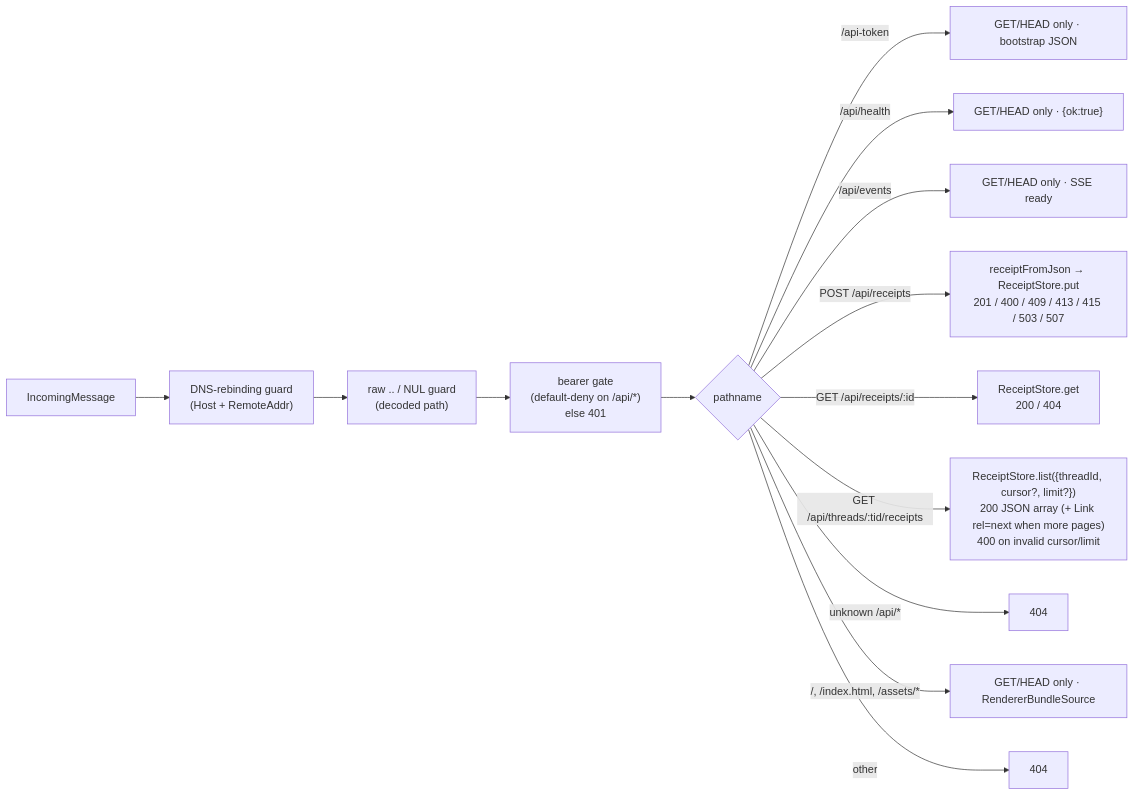
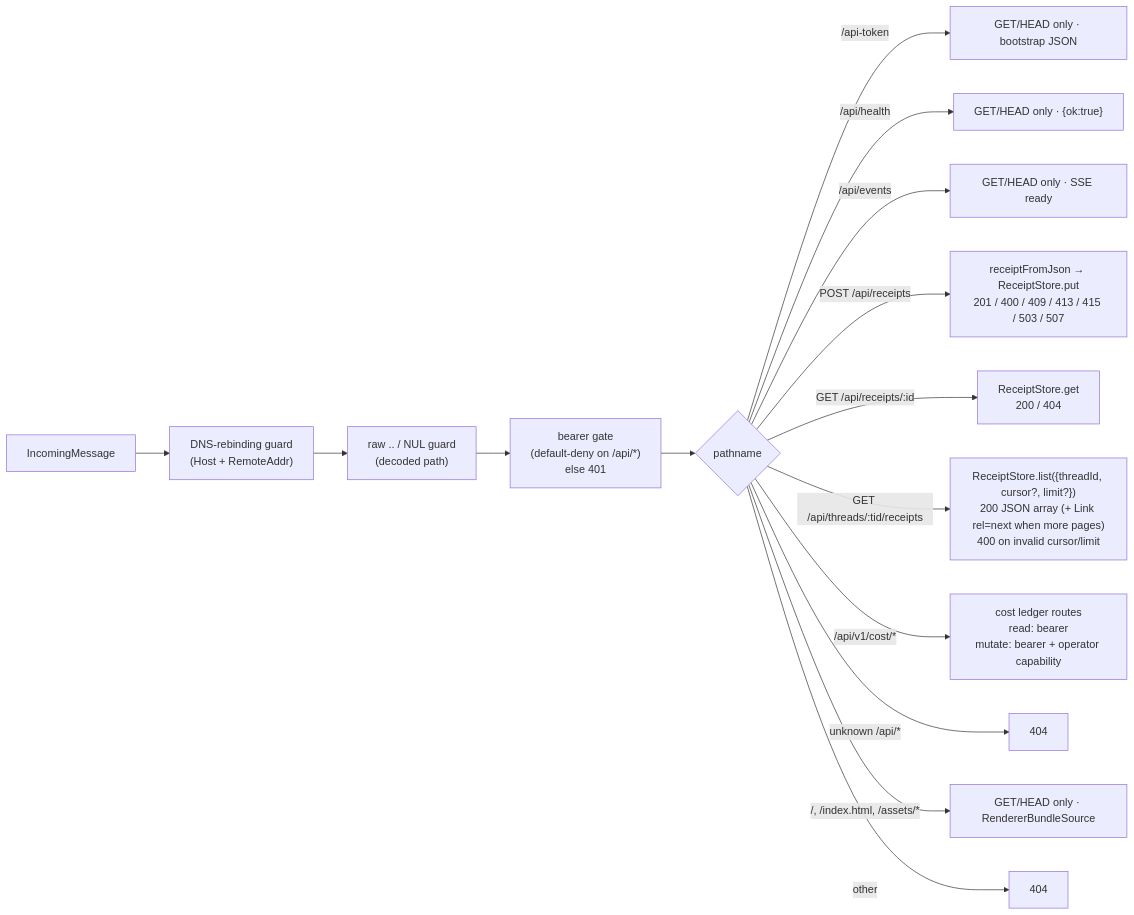
One commit to nex-crm/wuphf changed the diagram in packages/broker/docs/modules/listener.md. Above: the diagram before and after it, drawn with Mermaid. The commit also changed other lines of this file and 11 other files, not shown here.

````diff
--- a/packages/broker/docs/modules/listener.md
+++ b/packages/broker/docs/modules/listener.md
@@ -17,16 +17,17 @@
 ```mermaid
 flowchart LR
   req["IncomingMessage"] --> guard["DNS-rebinding guard<br/>(Host + RemoteAddr)"]
   guard --> traversal["raw .. / NUL guard<br/>(decoded path)"]
   traversal --> auth["bearer gate<br/>(default-deny on /api/*)<br/>else 401"]
   auth --> dispatch{"pathname"}
   dispatch -- "/api-token" --> bootstrap["GET/HEAD only · bootstrap JSON"]
   dispatch -- "/api/health" --> health["GET/HEAD only · {ok:true}"]
   dispatch -- "/api/events" --> events["GET/HEAD only · SSE ready"]
   dispatch -- "POST /api/receipts" --> create["receiptFromJson → ReceiptStore.put<br/>201 / 400 / 409 / 413 / 415 / 503 / 507"]
   dispatch -- "GET /api/receipts/:id" --> read["ReceiptStore.get<br/>200 / 404"]
   dispatch -- "GET /api/threads/:tid/receipts" --> list["ReceiptStore.list({threadId, cursor?, limit?})<br/>200 JSON array (+ Link rel=next when more pages)<br/>400 on invalid cursor/limit"]
+  dispatch -- "/api/v1/cost/*" --> cost["cost ledger routes<br/>read: bearer<br/>mutate: bearer + operator capability"]
   dispatch -- "unknown /api/*" --> apinotfound["404"]
   dispatch -- "/, /index.html, /assets/*" --> static["GET/HEAD only · RendererBundleSource"]
   dispatch -- "other" --> notfound["404"]
 ```
````
